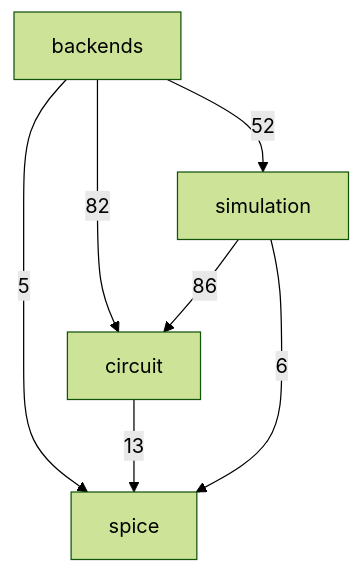
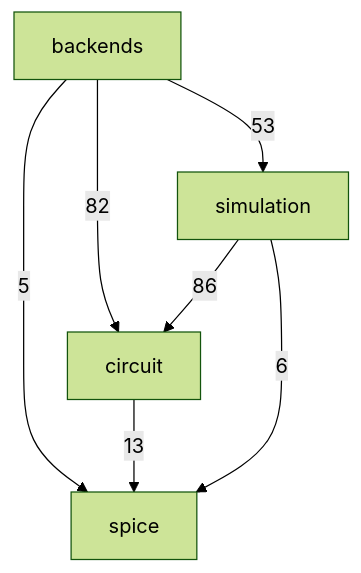
The second of 3 diagrams in docs/architecture.md (ronnymilleo/imcsim), drawn with Mermaid (forest theme) before and after one commit. The commit also changed other lines of this file and 1 other file, not shown here.

Commit message:
Regenerate the include and Nodalys class diagrams

````diff
--- a/docs/architecture.md
+++ b/docs/architecture.md
@@ -33,13 +33,13 @@
 ```mermaid
 flowchart TD
     app_core_spice[spice]
     app_core_circuit[circuit]
     app_core_simulation[simulation]
     app_core_backends[backends]
     app_core_backends -->|82| app_core_circuit
-    app_core_backends -->|52| app_core_simulation
+    app_core_backends -->|53| app_core_simulation
     app_core_backends -->|5| app_core_spice
     app_core_circuit -->|13| app_core_spice
     app_core_simulation -->|86| app_core_circuit
     app_core_simulation -->|6| app_core_spice
 ```
````
